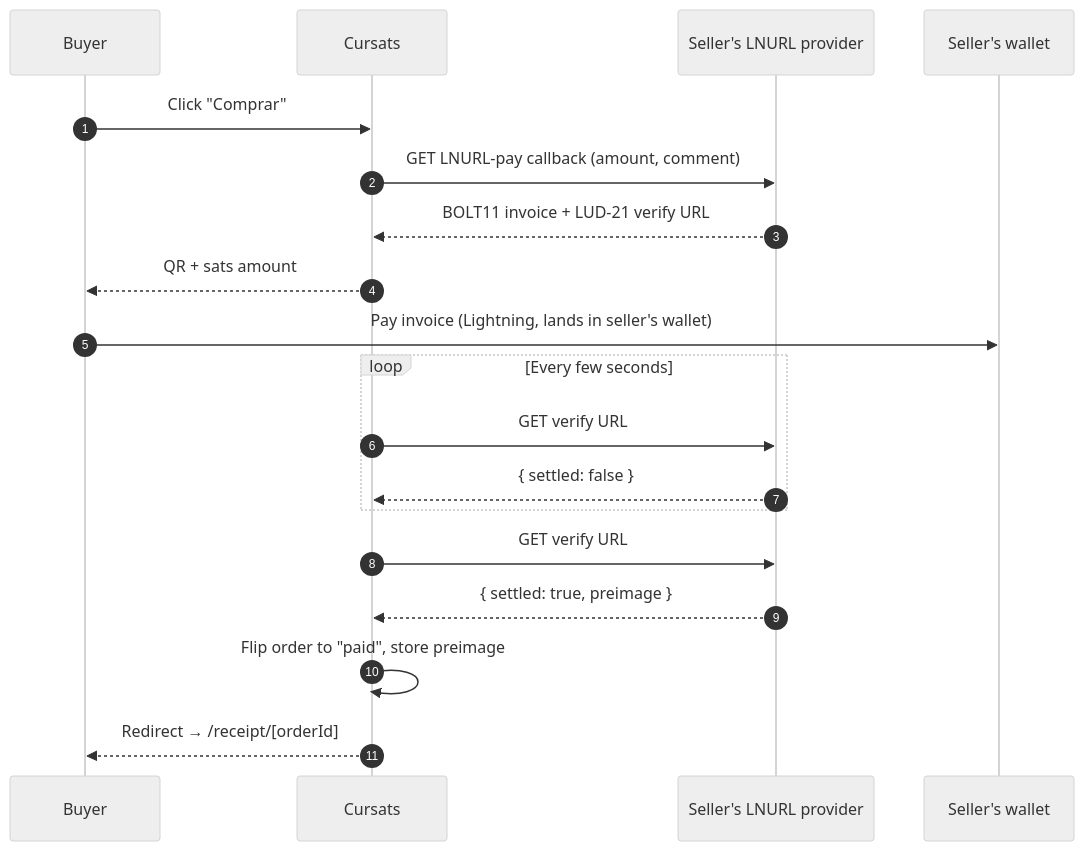
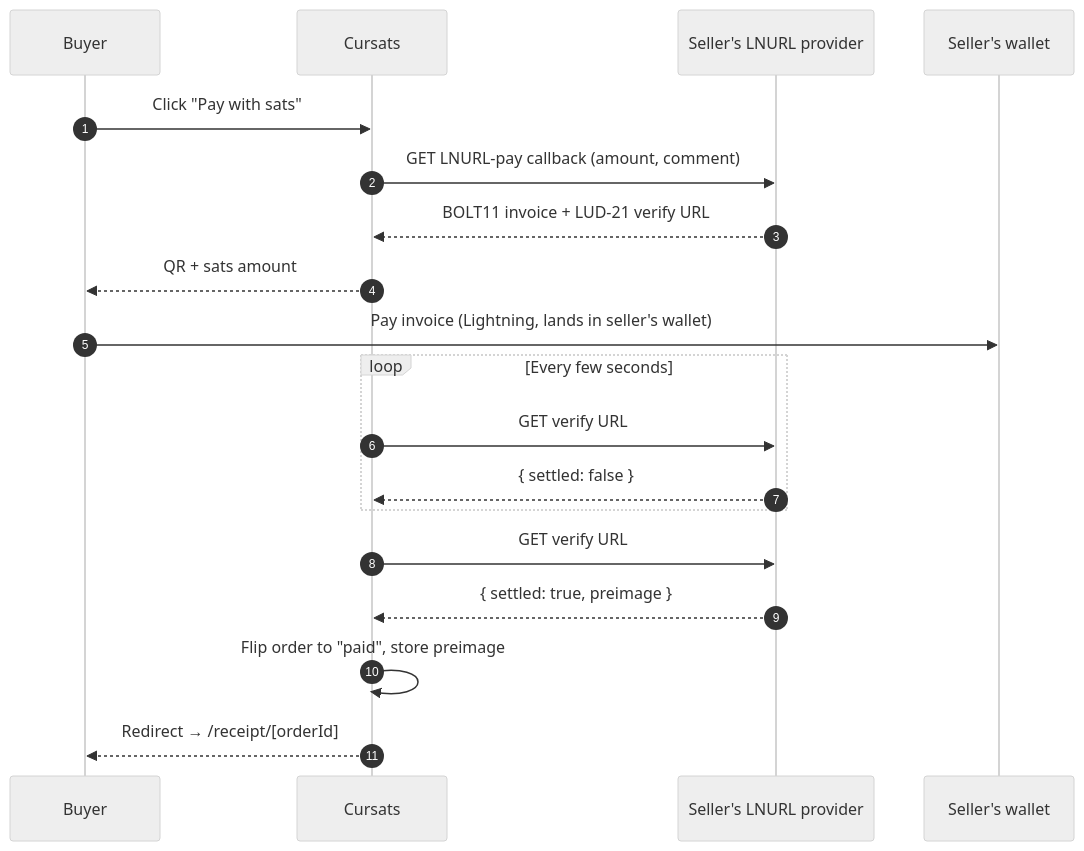
One commit to bitbybit-ar/bitbybit-cursats changed the second of 2 diagrams in docs/features/checkout-flow.md. Above: the diagram before and after it, drawn with Mermaid (neutral theme). The commit also changed other lines of this file and 21 other files, not shown here.

````diff
--- a/docs/features/checkout-flow.md
+++ b/docs/features/checkout-flow.md
@@ -129,22 +140,22 @@
 ```mermaid
 sequenceDiagram
   autonumber
   participant Buyer
   participant App as Cursats
   participant LNURL as Seller's LNURL provider
   participant Wallet as Seller's wallet
 
-  Buyer->>App: Click "Comprar"
+  Buyer->>App: Click "Pay with sats"
   App->>LNURL: GET LNURL-pay callback (amount, comment)
   LNURL-->>App: BOLT11 invoice + LUD-21 verify URL
   App-->>Buyer: QR + sats amount
   Buyer->>Wallet: Pay invoice (Lightning, lands in seller's wallet)
   loop Every few seconds
     App->>LNURL: GET verify URL
     LNURL-->>App: { settled: false }
   end
   App->>LNURL: GET verify URL
   LNURL-->>App: { settled: true, preimage }
   App->>App: Flip order to "paid", store preimage
   App-->>Buyer: Redirect → /receipt/[orderId]
 ```
````
